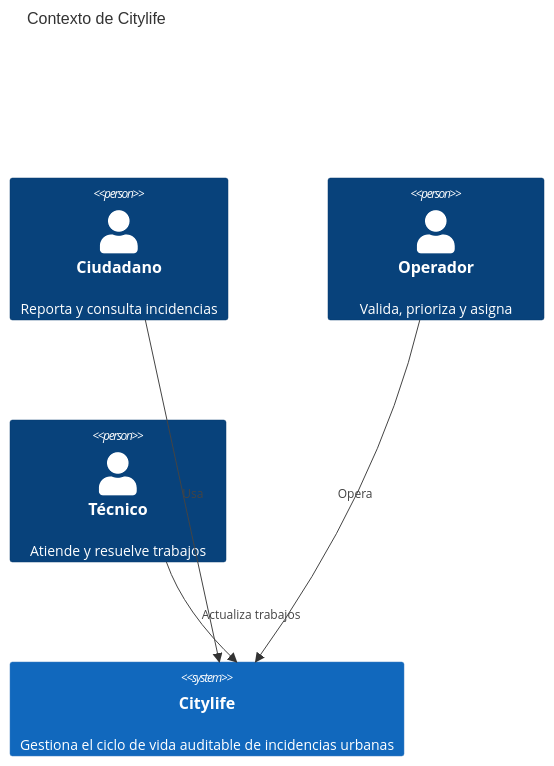
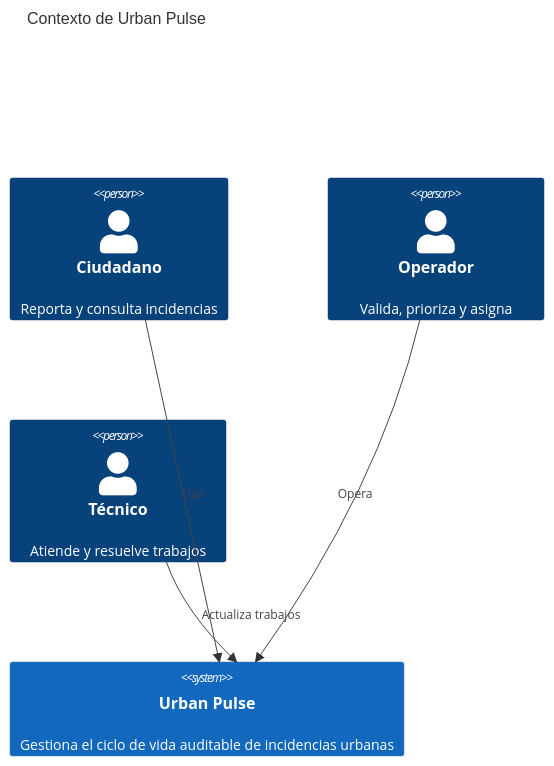
Before and after one commit to leonskalczynski/citylife: the diagram in docs/architecture/c4-context.md, drawn with Mermaid. The commit also changed 219 other files, not shown here.

First line of the commit message:
feat: rebrand to Urban Pulse and overhaul incident operations UI

````diff
--- a/docs/architecture/c4-context.md
+++ b/docs/architecture/c4-context.md
@@ -3,11 +3,11 @@
 ```mermaid
 C4Context
-  title Contexto de Citylife
+  title Contexto de Urban Pulse
   Person(citizen, "Ciudadano", "Reporta y consulta incidencias")
   Person(operator, "Operador", "Valida, prioriza y asigna")
   Person(technician, "Técnico", "Atiende y resuelve trabajos")
-  System(citylife, "Citylife", "Gestiona el ciclo de vida auditable de incidencias urbanas")
-  Rel(citizen, citylife, "Usa")
-  Rel(operator, citylife, "Opera")
-  Rel(technician, citylife, "Actualiza trabajos")
+  System(urban_pulse, "Urban Pulse", "Gestiona el ciclo de vida auditable de incidencias urbanas")
+  Rel(citizen, urban_pulse, "Usa")
+  Rel(operator, urban_pulse, "Opera")
+  Rel(technician, urban_pulse, "Actualiza trabajos")
 ```
````
